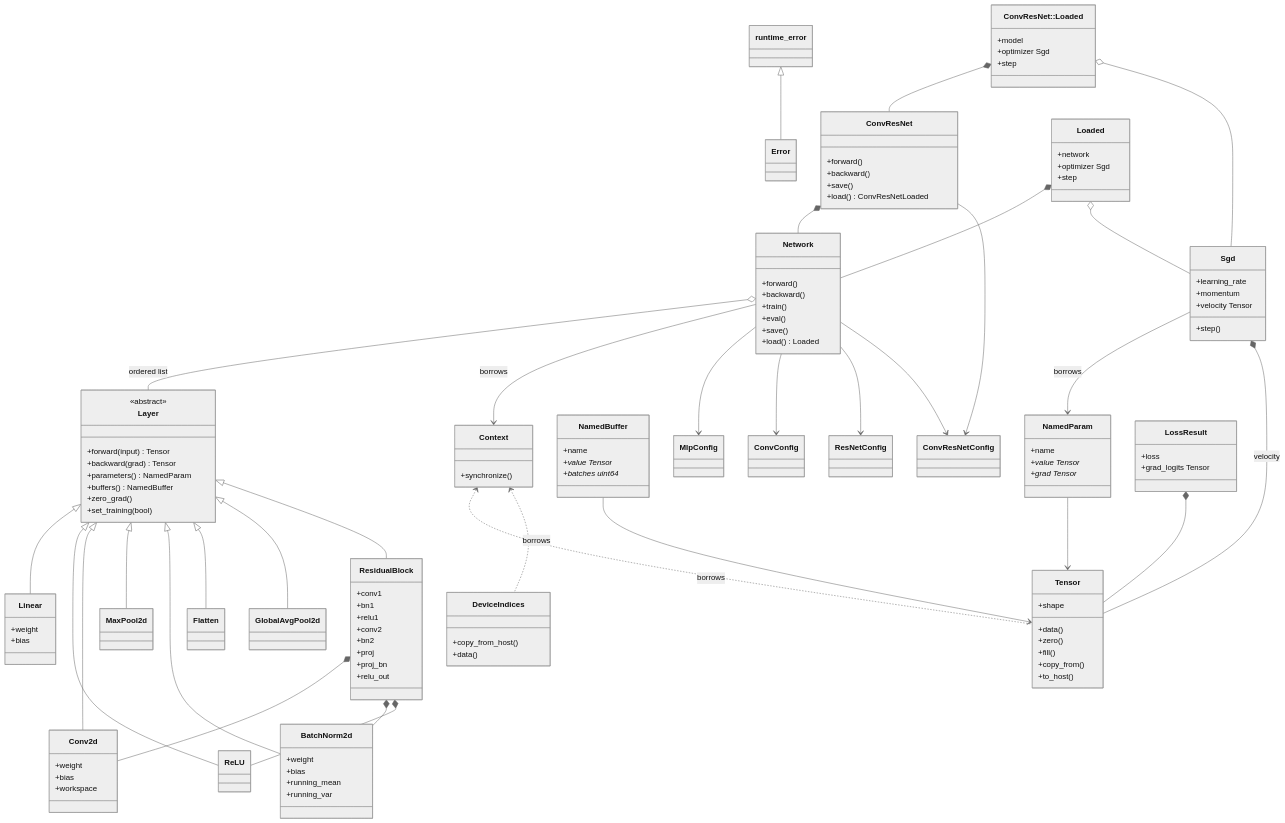
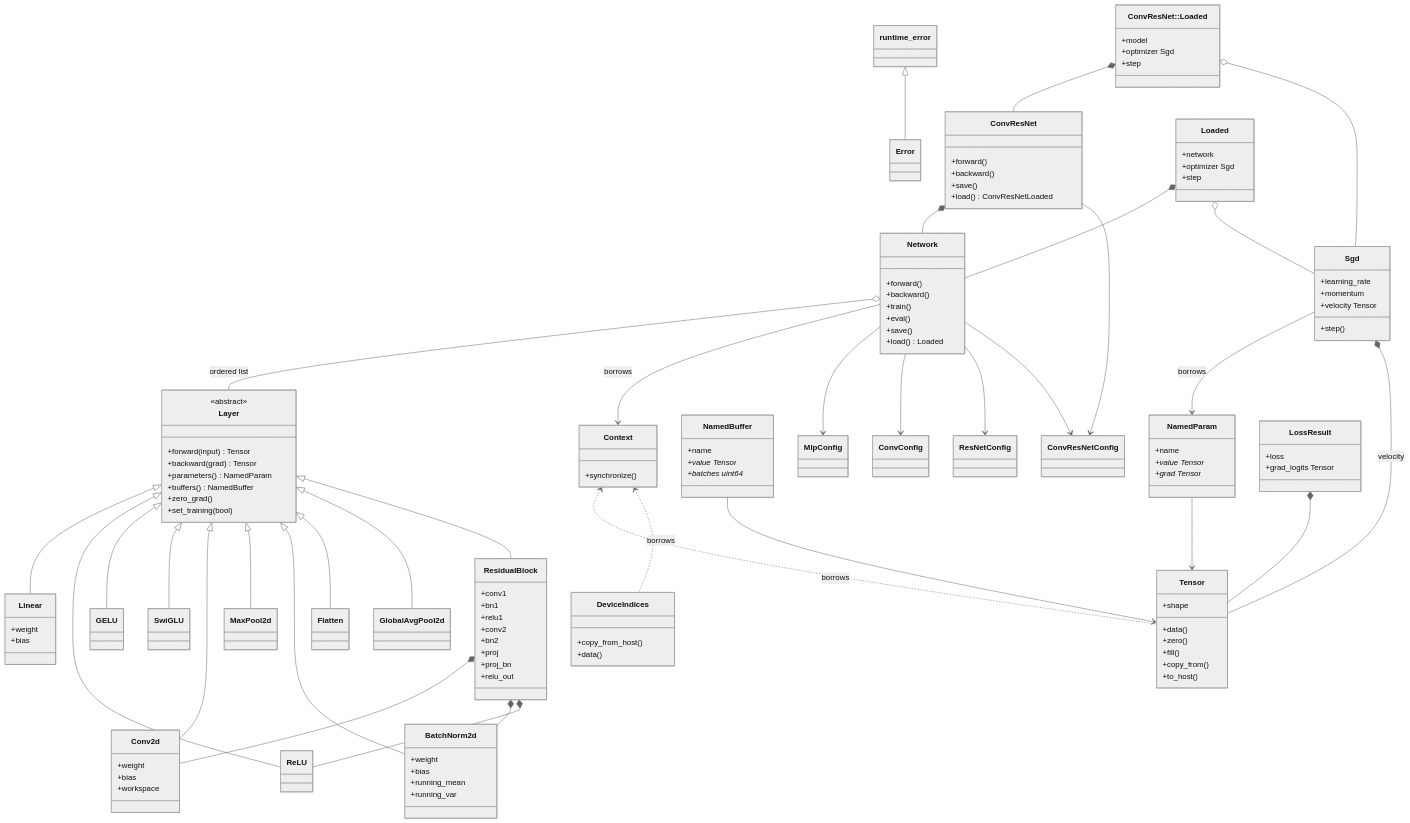
One commit to busysteve/nn changed the diagram in README.md. Above: the diagram before and after it, drawn with Mermaid (neutral theme). The commit also changed other lines of this file and 14 other files, not shown here.

First line of the commit message:
Add ConvResNet, GELU, and SwiGLU.

```diff
--- a/README.md
+++ b/README.md
@@ -93,6 +93,8 @@
     }
     Layer <|-- Linear
     Layer <|-- ReLU
+    Layer <|-- GELU
+    Layer <|-- SwiGLU
     Layer <|-- Conv2d
     Layer <|-- MaxPool2d
     Layer <|-- BatchNorm2d
```
